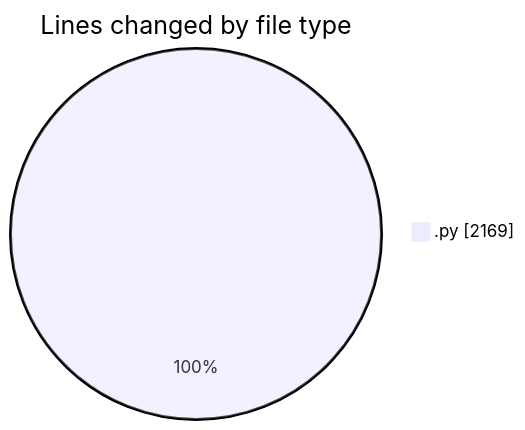
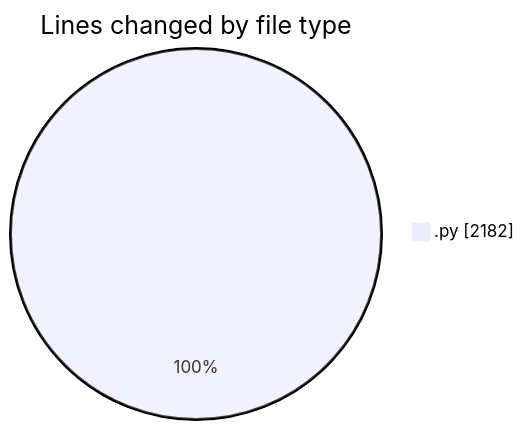
One commit to MatusMokan/code-tracking changed the first of 2 diagrams in 2025-04-12/myws__workspace_/README.md. Above: the diagram before and after it, drawn with Mermaid. The commit also changed other lines of this file and 1 other file, not shown here.

````diff
--- a/2025-04-12/myws__workspace_/README.md
+++ b/2025-04-12/myws__workspace_/README.md
@@ -22,5 +22,5 @@
 ```mermaid
 pie showData
 title Lines changed by file type
-".py" : 2169
+".py" : 2182
 ```
````
